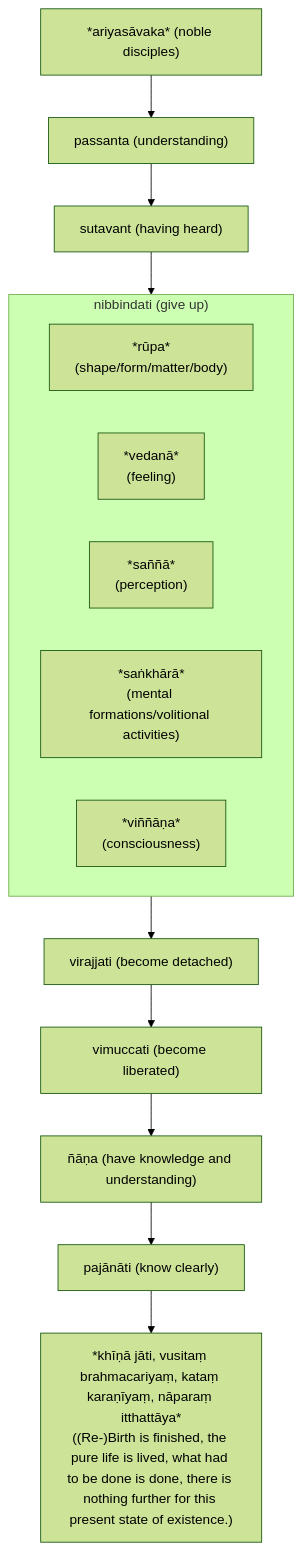
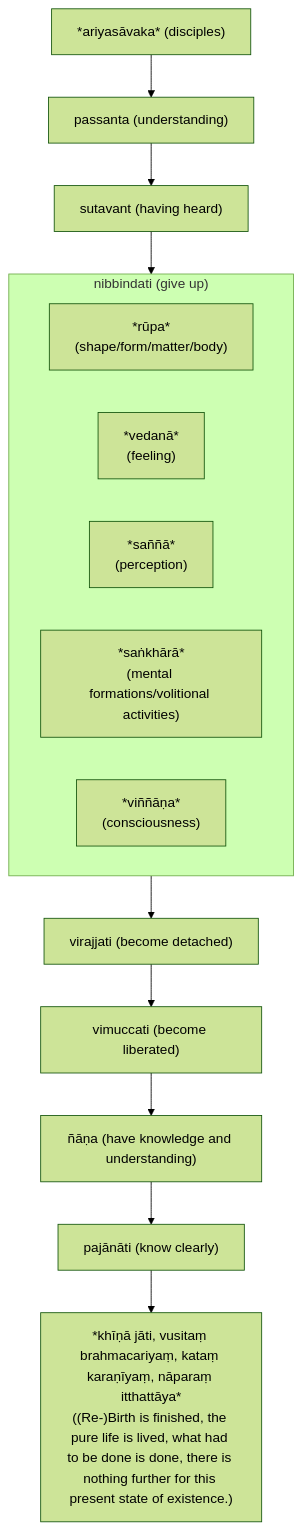
Before and after one commit to ChristineTham/tidipa: diagram 13 of 14 in content/Khandhaka/1.6.md, drawn with Mermaid (forest theme). The commit also changed other lines of this file and 10 other files, not shown here.

````diff
--- a/content/Khandhaka/1.6.md
+++ b/content/Khandhaka/1.6.md
@@ -553,16 +553,16 @@
 ```mermaid
 graph
-A["*ariyasāvaka* (noble disciples)"] --> P["passanta (understanding)"] --> A0["sutavant (having heard)"] --> A1
+A["*ariyasāvaka* (disciples)"] --> P["passanta (understanding)"] --> A0["sutavant (having heard)"] --> A1
 subgraph A1["nibbindati (give up)"]
     R["*rūpa*<br>(shape/form/matter/body)"]
     V["*vedanā*<br>(feeling)"]
     S["*saññā*<br>(perception)"]
     S2["*saṅkhārā*<br>(mental formations/volitional activities)"]
     V2["*viññāṇa*<br>(consciousness)"]
 end
 A1 --> A2["virajjati (become detached)"] -->
 A3["vimuccati (become liberated)"] -->
 A4["ñāṇa (have knowledge and understanding)"] -->
 A5["pajānāti (know clearly)"] -->
 A6["*khīṇā jāti, vusitaṃ brahmacariyaṃ, kataṃ karaṇīyaṃ, nāparaṃ itthattāya*<br>((Re-)Birth is finished, the pure life is lived, what had to be done is done, there is nothing further for this present state of existence.)"]
 ```
````
